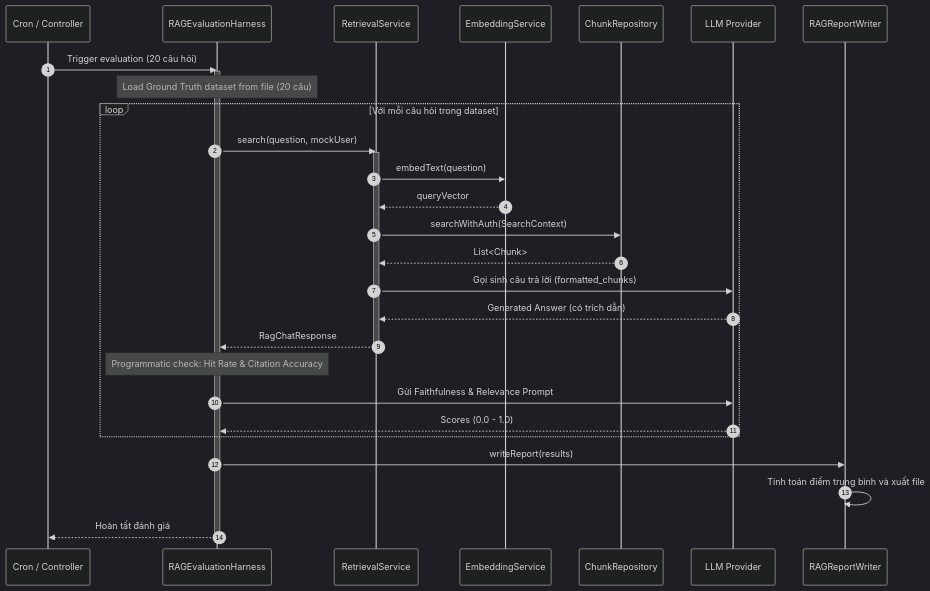
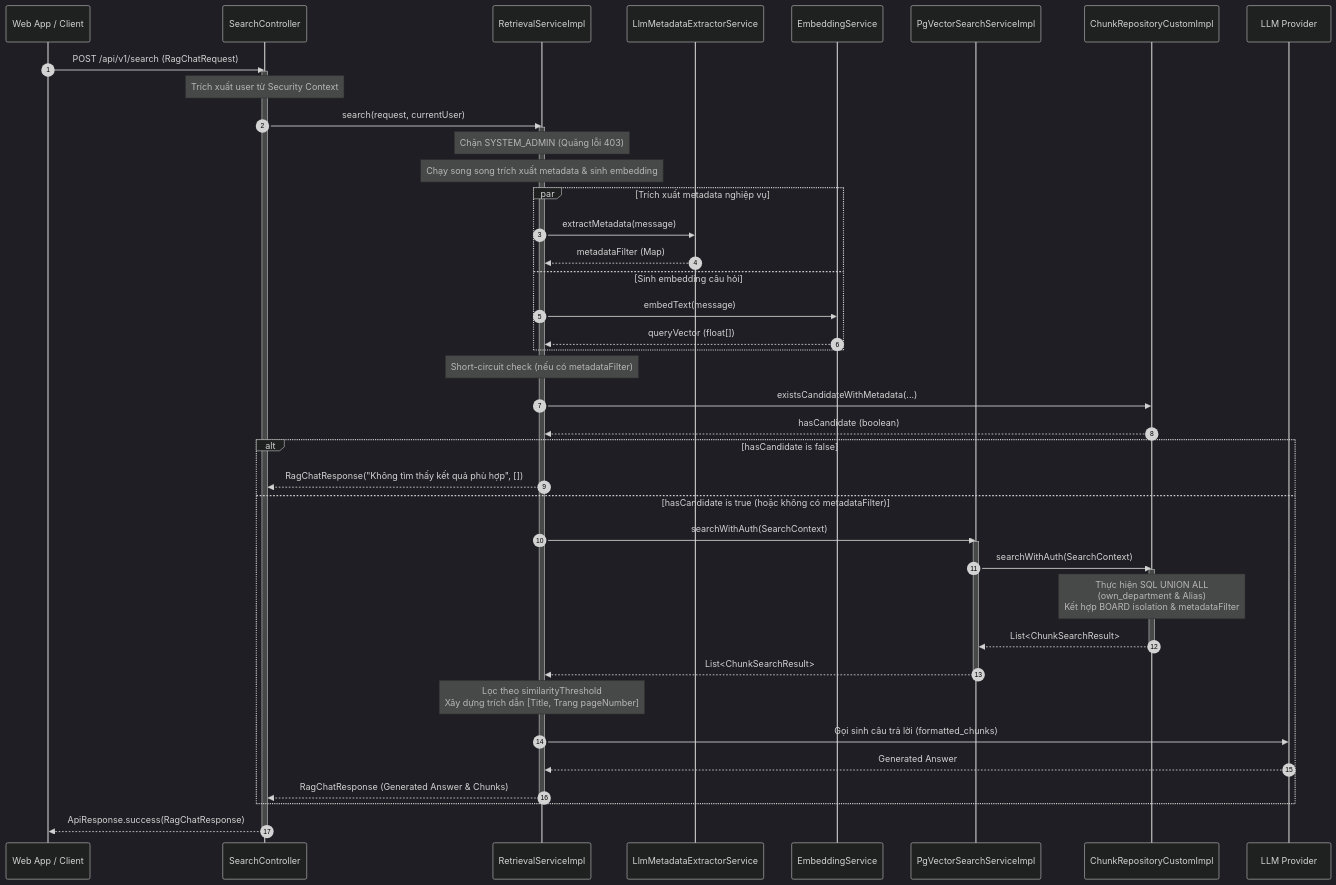
The diagram in eap/docs/week5/DetailedDesign.md (thanhhuong1523/enterprise-ai-systems), drawn with Mermaid (dark theme) before and after one commit. The commit also changed other lines of this file and 2 other files, not shown here.

````diff
--- a/eap/docs/week5/DetailedDesign.md
+++ b/eap/docs/week5/DetailedDesign.md
@@ -67,37 +71,56 @@
 ```mermaid
 sequenceDiagram
     autonumber
-    participant CR as Cron / Controller
-    participant EH as RAGEvaluationHarness
-    participant RS as RetrievalService
+    participant Client as Web App / Client
+    participant SC as SearchController
+    participant RS as RetrievalServiceImpl
+    participant MES as LlmMetadataExtractorService
     participant ES as EmbeddingService
-    participant CRp as ChunkRepository
+    participant VSS as PgVectorSearchServiceImpl
+    participant CR as ChunkRepositoryCustomImpl
     participant LLM as LLM Provider
-    participant RW as RAGReportWriter
 
-    CR->>EH: Trigger evaluation (20 câu hỏi)
-    activate EH
-    Note over EH: Load Ground Truth dataset from file (20 câu)
+    Client->>SC: POST /api/v1/search (RagChatRequest)
+    activate SC
+    Note over SC: Trích xuất user từ Security Context
+    SC->>RS: search(request, currentUser)
+    activate RS
     
-    loop Với mỗi câu hỏi trong dataset
-        EH->>RS: search(question, mockUser)
-        activate RS
-        RS->>ES: embedText(question)
-        ES-->>RS: queryVector
-        RS->>CRp: searchWithAuth(SearchContext)
-        CRp-->>RS: List<Chunk>
+    Note over RS: Chặn SYSTEM_ADMIN (Quăng lỗi 403)
+    
+    Note over RS: Chạy song song trích xuất metadata & sinh embedding
+    par Trích xuất metadata nghiệp vụ
+        RS->>MES: extractMetadata(message)
+        MES-->>RS: metadataFilter (Map)
+    and Sinh embedding câu hỏi
+        RS->>ES: embedText(message)
+        ES-->>RS: queryVector (float[])
+    end
+    
+    Note over RS: Short-circuit check (nếu có metadataFilter)
+    RS->>CR: existsCandidateWithMetadata(...)
+    CR-->>RS: hasCandidate (boolean)
+    
+    alt hasCandidate is false
+        RS-->>SC: RagChatResponse("Không tìm thấy kết quả phù hợp", [])
+    else hasCandidate is true (hoặc không có metadataFilter)
+        RS->>VSS: searchWithAuth(SearchContext)
+        activate VSS
+        VSS->>CR: searchWithAuth(SearchContext)
+        activate CR
+        Note over CR: Thực hiện SQL UNION ALL<br>(own_department & Alias)<br>Kết hợp BOARD isolation & metadataFilter
+        CR-->>VSS: List<ChunkSearchResult>
+        deactivate CR
+        VSS-->>RS: List<ChunkSearchResult>
+        deactivate VSS
+        
+        Note over RS: Lọc theo similarityThreshold<br>Xây dựng trích dẫn [Title, Trang pageNumber]
+        
         RS->>LLM: Gọi sinh câu trả lời (formatted_chunks)
-        LLM-->>RS: Generated Answer (có trích dẫn)
-        RS-->>EH: RagChatResponse
-        deactivate RS
-        
-        Note over EH: Programmatic check: Hit Rate & Citation Accuracy
-        EH->>LLM: Gửi Faithfulness & Relevance Prompt
-        LLM-->>EH: Scores (0.0 - 1.0)
+        LLM-->>RS: Generated Answer
+        RS-->>SC: RagChatResponse (Generated Answer & Chunks)
     end
-
-    EH->>RW: writeReport(results)
-    RW->>RW: Tính toán điểm trung bình và xuất file
-    EH-->>CR: Hoàn tất đánh giá
-    deactivate EH
+    deactivate RS
+    SC-->>Client: ApiResponse.success(RagChatResponse)
+    deactivate SC
 ```
````
